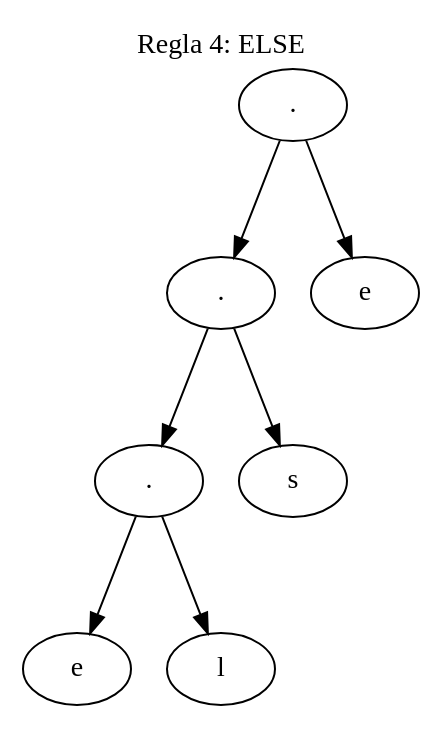
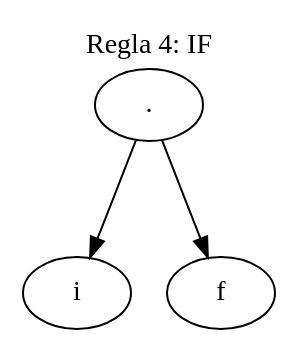
One commit to Isabella1911/Compis changed the diagram in output/ast_regla_4.dot. Above: the diagram before and after it, drawn with Graphviz. The commit also changed 28 other files, not shown here.

```diff
--- a/output/ast_regla_4.dot
+++ b/output/ast_regla_4.dot
@@ -1,20 +1,12 @@
 digraph AST {
   rankdir=TB;
   ranksep=0.8;
   labelloc=t;
-  label="Regla 4: ELSE";
+  label="Regla 4: IF";
   fontsize=14;
   0 [label="."];
-  1 [label="."];
-  2 [label="."];
-  3 [label="e"];
-  2 -> 3;
-  4 [label="l"];
-  2 -> 4;
-  1 -> 2;
-  5 [label="s"];
-  1 -> 5;
+  1 [label="i"];
   0 -> 1;
-  6 [label="e"];
-  0 -> 6;
+  2 [label="f"];
+  0 -> 2;
 }
```
